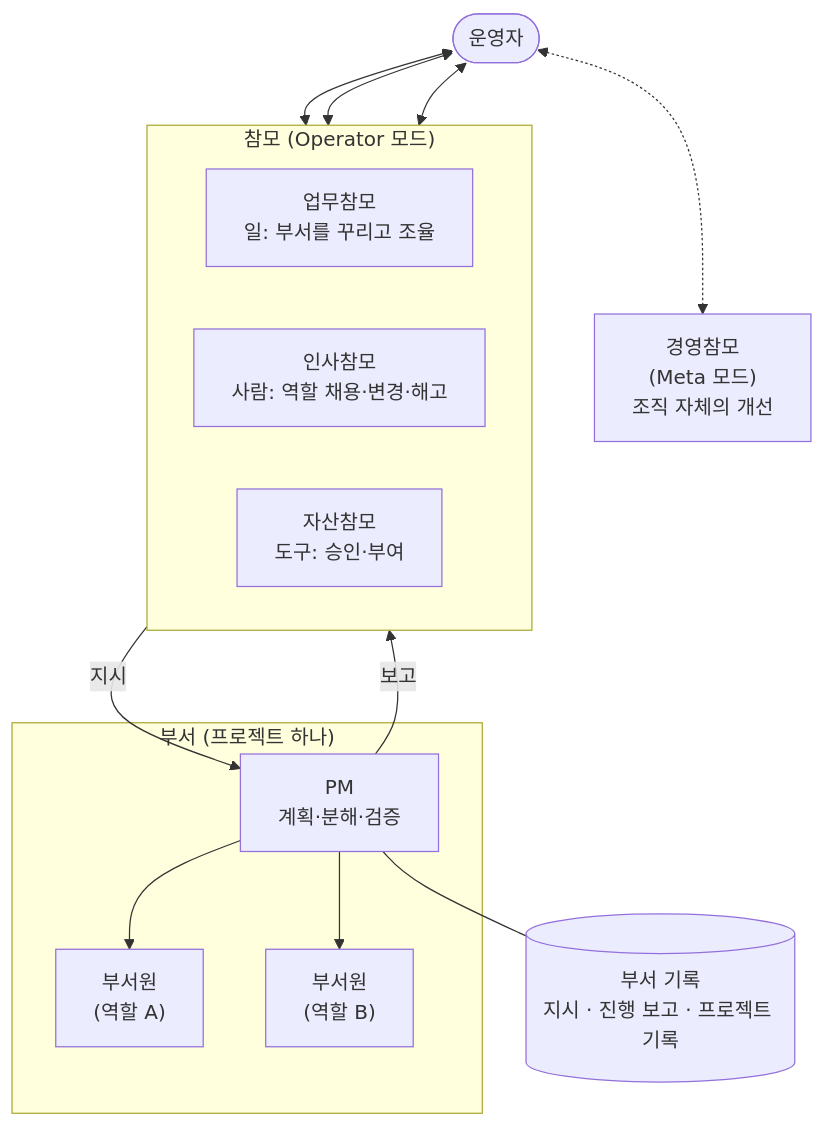
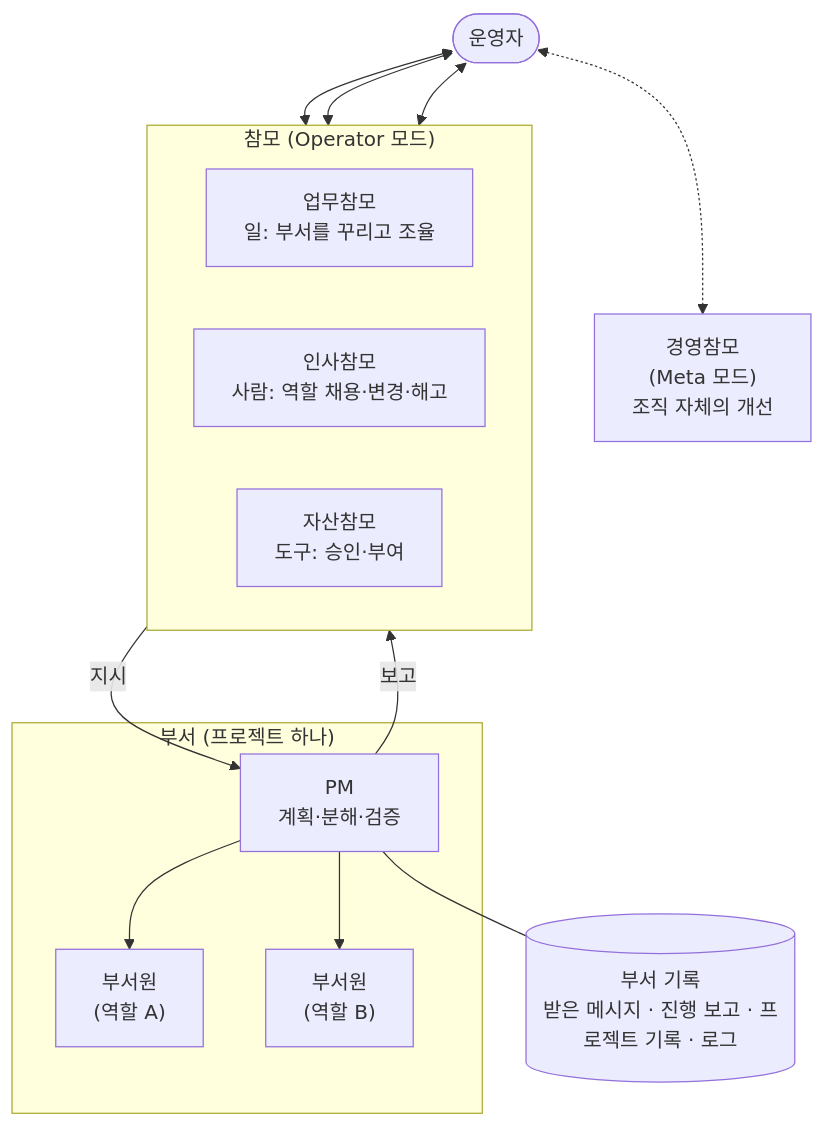
The diagram in docs/story/at-a-glance.md (Alex2006-KOR/aise-org-site), drawn with Mermaid before and after one commit. The commit also changed other lines of this file and 20 other files, not shown here.

````diff
--- a/docs/story/at-a-glance.md
+++ b/docs/story/at-a-glance.md
@@ -116,26 +116,26 @@
 ```mermaid
 flowchart TB
   OP(["운영자"])
   subgraph STAFF["참모 (Operator 모드)"]
     direction LR
     W["업무참모<br/>일: 부서를 꾸리고 조율"]
     H["인사참모<br/>사람: 역할 채용·변경·해고"]
     A["자산참모<br/>도구: 승인·부여"]
   end
   MG["경영참모<br/>(Meta 모드)<br/>조직 자체의 개선"]
   subgraph DEPT["부서 (프로젝트 하나)"]
     PM["PM<br/>계획·분해·검증"]
     M1["부서원<br/>(역할 A)"]
     M2["부서원<br/>(역할 B)"]
   end
-  REC[("부서 기록<br/>지시 · 진행 보고 · 프로젝트 기록")]
+  REC[("부서 기록<br/>받은 메시지 · 진행 보고 · 프로젝트 기록 · 로그")]
   OP <--> W
   OP <--> H
   OP <--> A
   OP <-.-> MG
   W -->|"지시"| PM
   PM -->|"보고"| W
   PM --> M1
   PM --> M2
   PM --- REC
 ```
````
